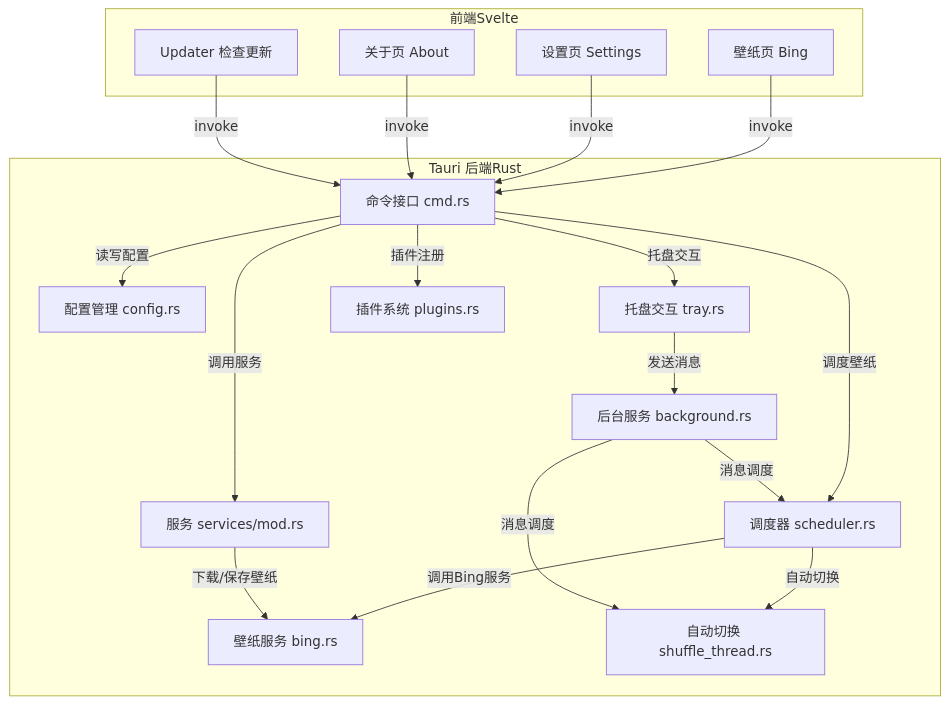
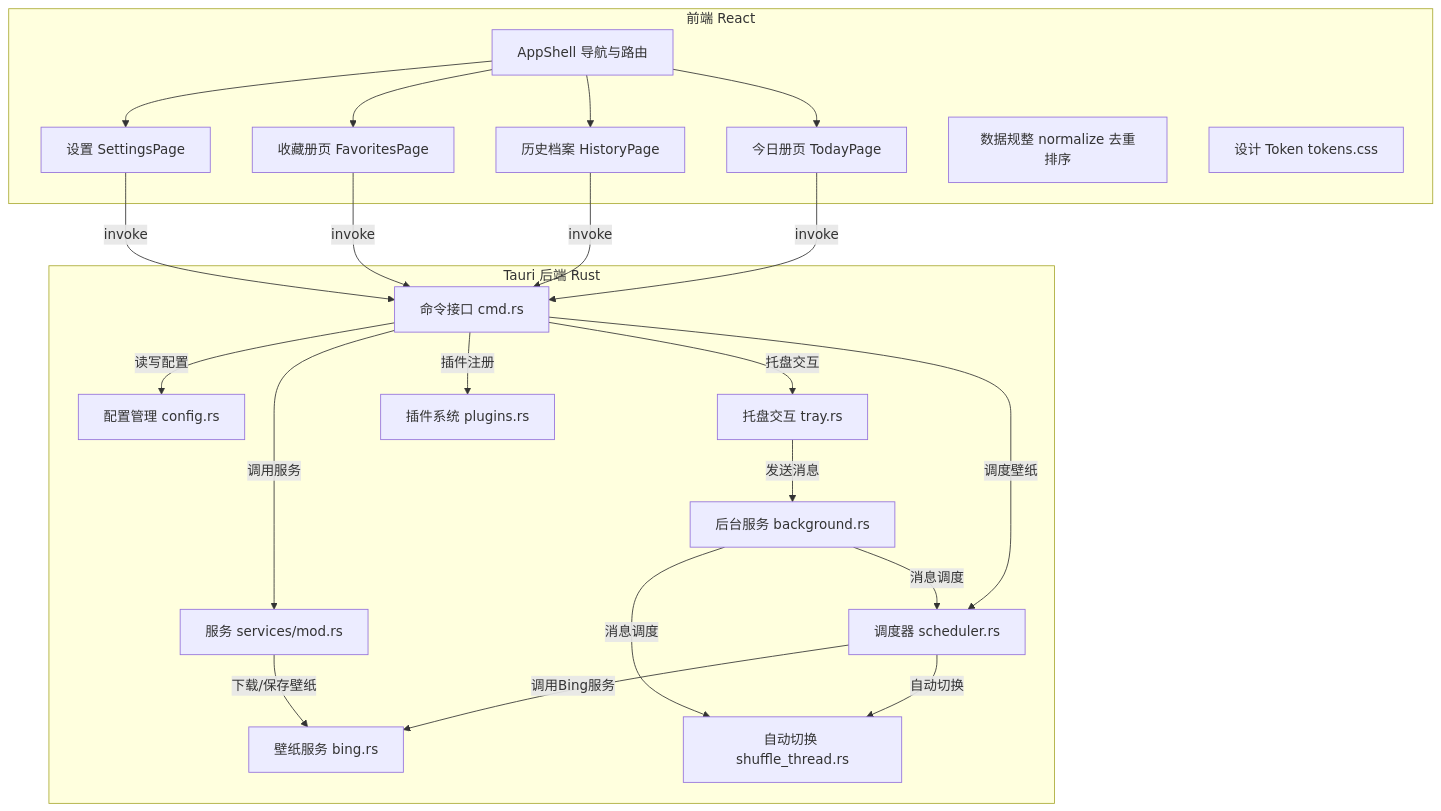
Before and after one commit to zhanglun/pavo: the diagram in docs/architecture.md, drawn with Mermaid. The commit also changed other lines of this file and 31 other files, not shown here.

````diff
--- a/docs/architecture.md
+++ b/docs/architecture.md
@@ -7,35 +13,42 @@
 ```mermaid
 graph TD
-  subgraph 前端Svelte
-    FE1[壁纸页 Bing]
-    FE2[设置页 Settings]
-    FE3[关于页 About]
-    FE4[Updater 检查更新]
+  subgraph 前端 React
+    APP[AppShell 导航与路由]
+    TODAY[今日册页 TodayPage]
+    HISTORY[历史档案 HistoryPage]
+    FAV[收藏册页 FavoritesPage]
+    SETTINGS[设置 SettingsPage]
+    NORM[数据规整 normalize 去重排序]
+    TPL[设计 Token tokens.css]
   end
-  subgraph Tauri 后端Rust
+  subgraph Tauri 后端 Rust
     CMD[命令接口 cmd.rs]
     CONF[配置管理 config.rs]
     SCHED[调度器 scheduler.rs]
     BG[后台服务 background.rs]
     TRAY[托盘交互 tray.rs]
     PLUG[插件系统 plugins.rs]
     SVCS[服务 services/mod.rs]
     BING[壁纸服务 bing.rs]
     SHUFFLE[自动切换 shuffle_thread.rs]
   end
-  FE1--invoke-->CMD
-  FE2--invoke-->CMD
-  FE3--invoke-->CMD
-  FE4--invoke-->CMD
+  APP-->TODAY
+  APP-->HISTORY
+  APP-->FAV
+  APP-->SETTINGS
+  TODAY--invoke-->CMD
+  HISTORY--invoke-->CMD
+  FAV--invoke-->CMD
+  SETTINGS--invoke-->CMD
   CMD--读写配置-->CONF
   CMD--调度壁纸-->SCHED
   CMD--调用服务-->SVCS
   CMD--托盘交互-->TRAY
   CMD--插件注册-->PLUG
   SCHED--调用Bing服务-->BING
   SCHED--自动切换-->SHUFFLE
   BG--消息调度-->SCHED
   BG--消息调度-->SHUFFLE
   SVCS--下载/保存壁纸-->BING
   TRAY--发送消息-->BG
 ```
````
